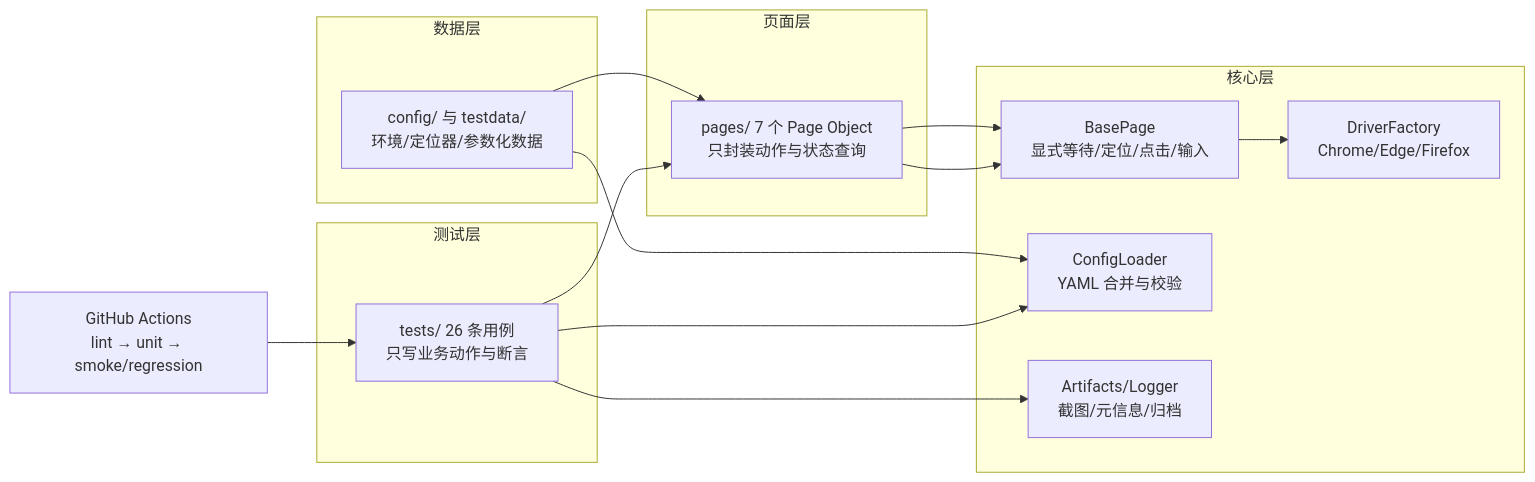
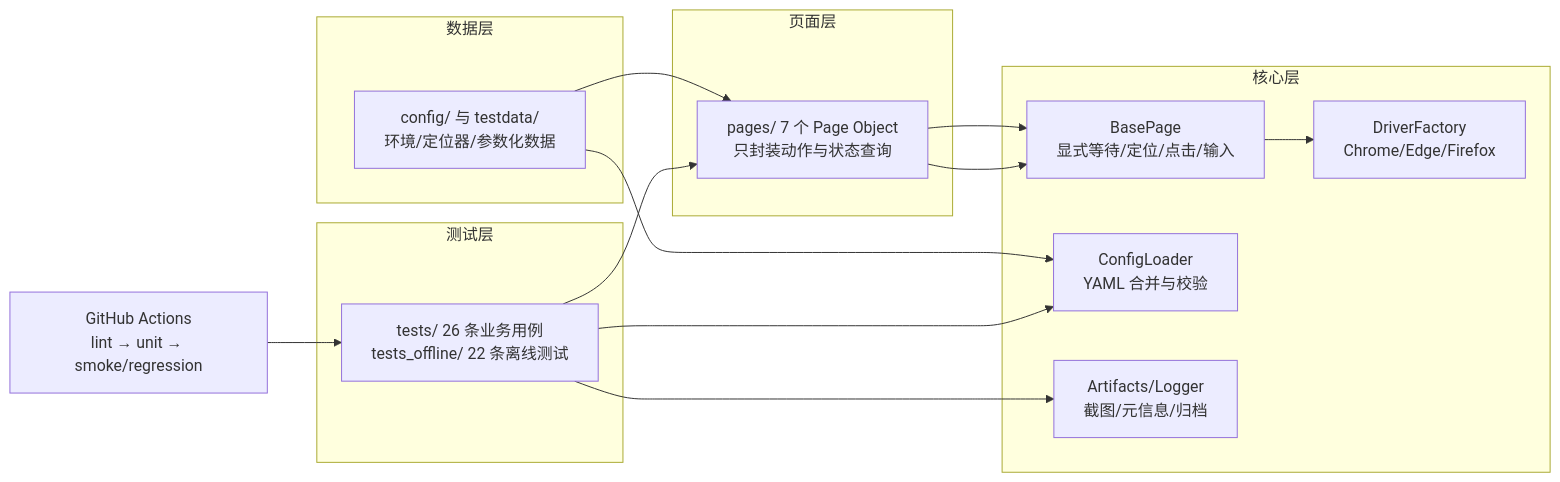
Before and after one commit to DYQ1104/saucedemo-ui-tests: the diagram in docs/面试讲解卡.md, drawn with Mermaid. The commit also changed other lines of this file and 16 other files, not shown here.

````diff
--- a/docs/面试讲解卡.md
+++ b/docs/面试讲解卡.md
@@ -14,25 +14,25 @@
 ```mermaid
 flowchart LR
     subgraph 测试层
-        T[tests/ 26 条用例<br/>只写业务动作与断言]
+        T[tests/ 26 条业务用例<br/>tests_offline/ 22 条离线测试]
     end
     subgraph 页面层
         P[pages/ 7 个 Page Object<br/>只封装动作与状态查询]
     end
     subgraph 核心层
         B[BasePage<br/>显式等待/定位/点击/输入]
         D[DriverFactory<br/>Chrome/Edge/Firefox]
         C[ConfigLoader<br/>YAML 合并与校验]
         A[Artifacts/Logger<br/>截图/元信息/归档]
     end
     subgraph 数据层
         Y[config/ 与 testdata/<br/>环境/定位器/参数化数据]
     end
     T --> P --> B
     T --> C
     P --> B --> D
     T --> A
     Y --> C
     Y --> P
     CI[GitHub Actions<br/>lint → unit → smoke/regression] --> T
 ```
````
